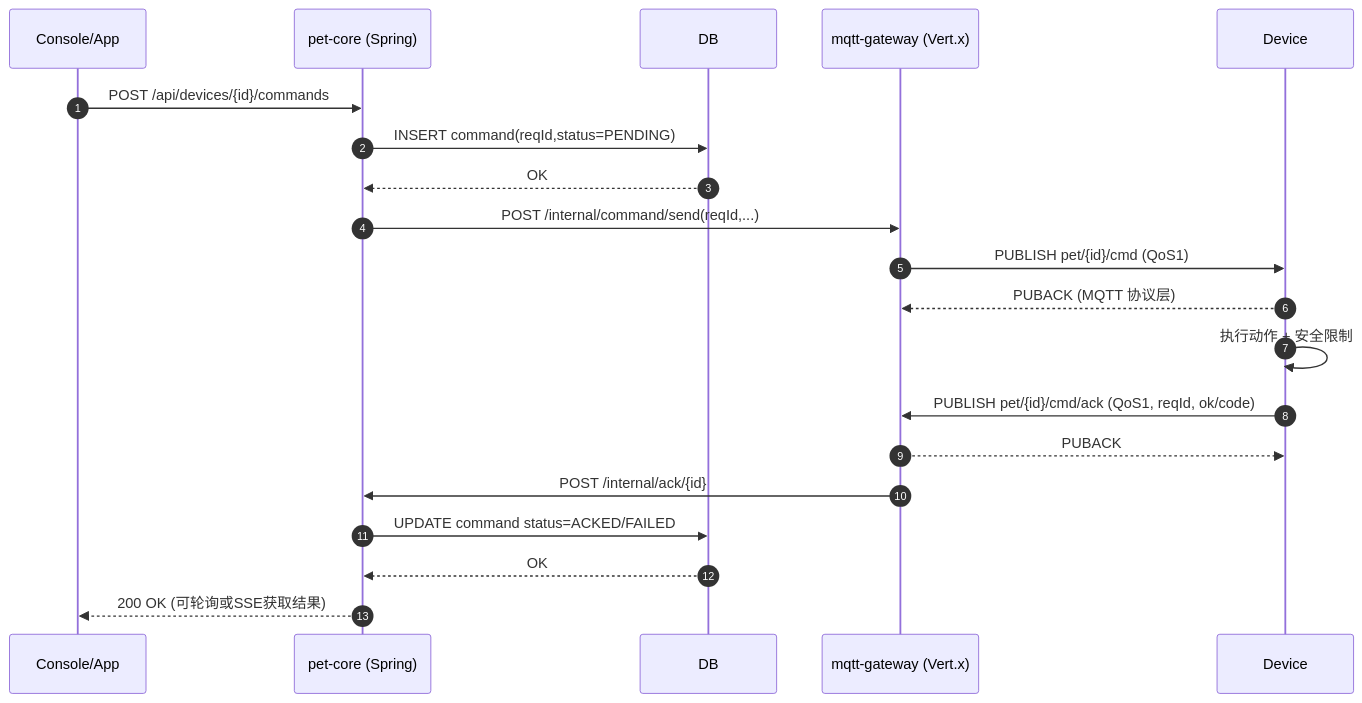
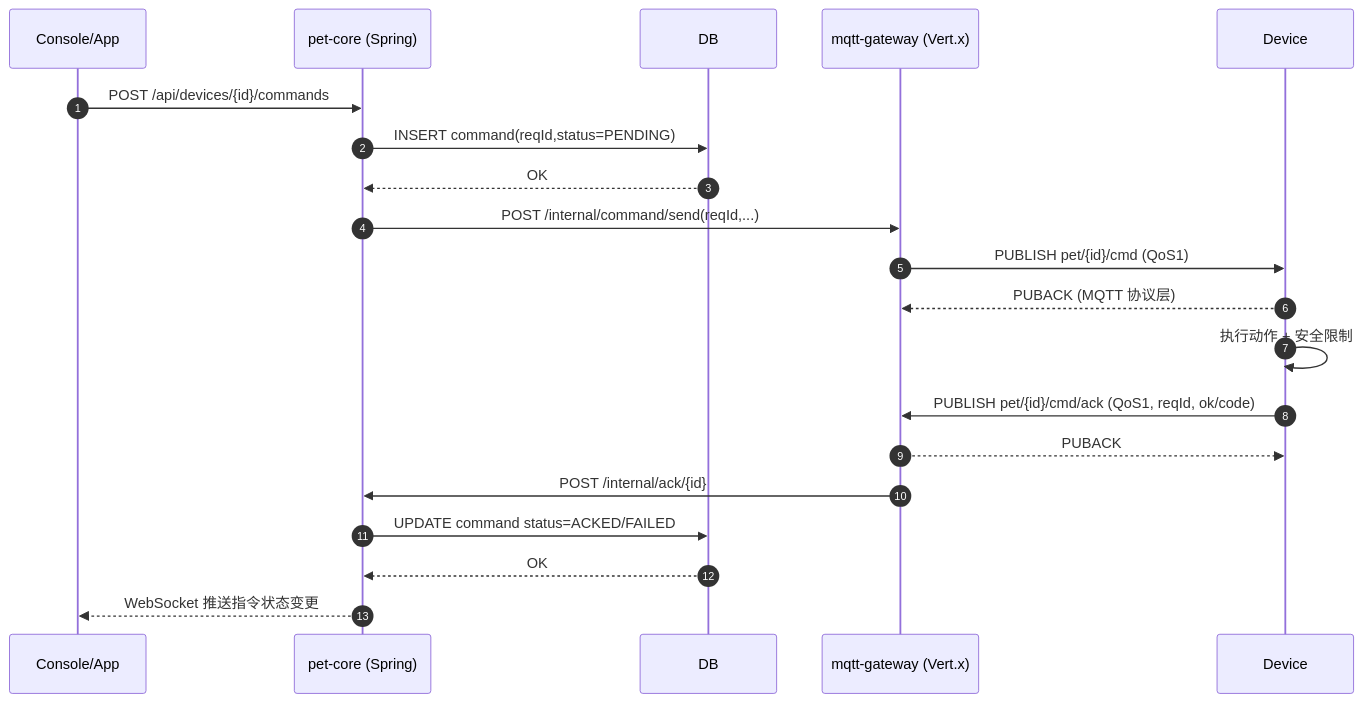
Before and after one commit to licn9901-arch/AiBot: the fifth of 7 diagrams in doc/架构图.md, drawn with Mermaid. The commit also changed other lines of this file and 42 other files, not shown here.

First line of the commit message:
feat(core): V0.5 TimescaleDB 时序库集成 + WebSocket 实时推送

````diff
--- a/doc/架构图.md
+++ b/doc/架构图.md
@@ -140,23 +142,23 @@
 ```mermaid
 sequenceDiagram
   autonumber
   participant UI as Console/App
   participant C as pet-core (Spring)
   participant DB as DB
   participant G as mqtt-gateway (Vert.x)
   participant D as Device
 
   UI->>C: POST /api/devices/{id}/commands
   C->>DB: INSERT command(reqId,status=PENDING)
   DB-->>C: OK
   C->>G: POST /internal/command/send(reqId,...)
   G->>D: PUBLISH pet/{id}/cmd (QoS1)
   D-->>G: PUBACK (MQTT 协议层)
   D->>D: 执行动作 + 安全限制
   D->>G: PUBLISH pet/{id}/cmd/ack (QoS1, reqId, ok/code)
   G-->>D: PUBACK
   G->>C: POST /internal/ack/{id}
   C->>DB: UPDATE command status=ACKED/FAILED
   DB-->>C: OK
-  C-->>UI: 200 OK (可轮询或SSE获取结果)
+  C-->>UI: WebSocket 推送指令状态变更
 ```
````
